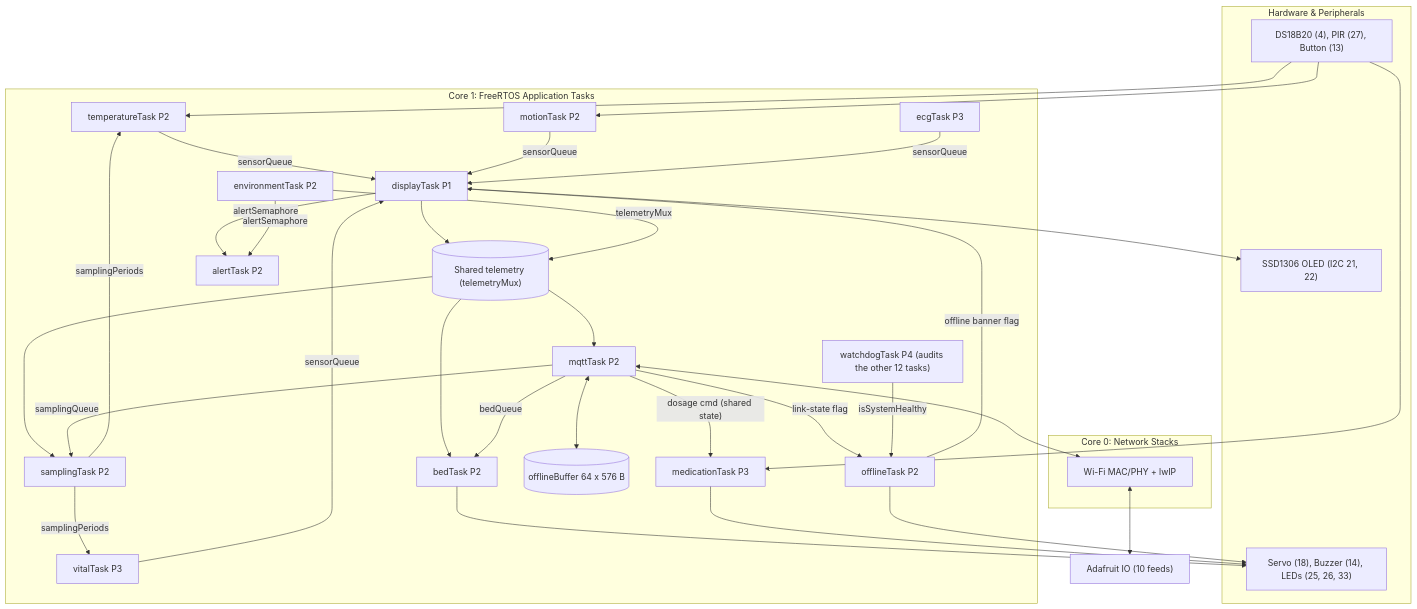
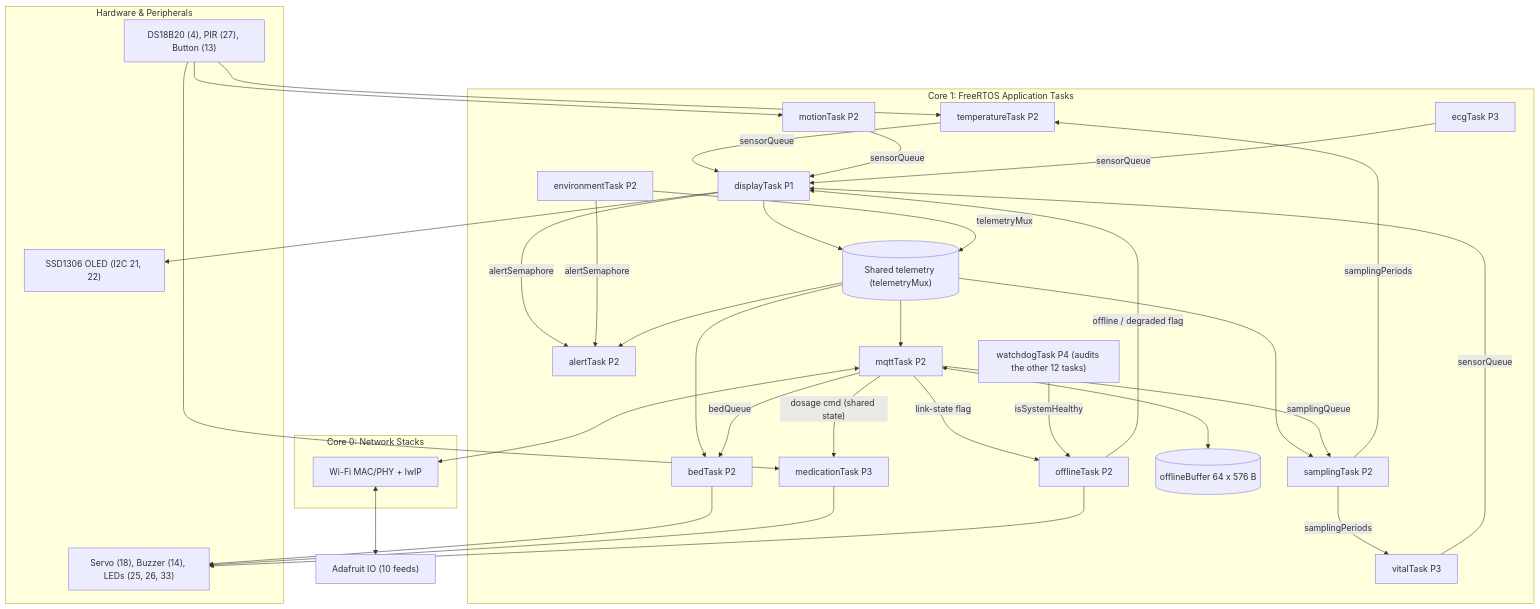
Before and after one commit to iamsayanghosh/Smart-Hospital-IoT: the diagram in README.md, drawn with Mermaid. The commit also changed other lines of this file and 6 other files, not shown here.

Commit message:
docs(diagrams,readme): fix SystemState label, downlink routing, and diagram spacing

````diff
--- a/README.md
+++ b/README.md
@@ -28,47 +28,47 @@
 ```mermaid
 graph TD
     subgraph HW["Hardware & Peripherals"]
         HW_SENS["DS18B20 (4), PIR (27), Button (13)"]
         HW_OLED["SSD1306 OLED (I2C 21, 22)"]
         HW_ACT["Servo (18), Buzzer (14), LEDs (25, 26, 33)"]
     end
     subgraph C1["Core 1: FreeRTOS Application Tasks"]
         TEMP["temperatureTask P2"]
         MOT["motionTask P2"]
         VIT["vitalTask P3"]
         ECG["ecgTask P3"]
         ENV["environmentTask P2"]
         DISP["displayTask P1"]
         TEL[("Shared telemetry (telemetryMux)")]
         SAMP["samplingTask P2"]
         ALERT["alertTask P2"]
         BED["bedTask P2"]
         MED["medicationTask P3"]
         MQTT["mqttTask P2"]
         BUF[("offlineBuffer 64 x 576 B")]
         OFF["offlineTask P2"]
         WDT["watchdogTask P4 (audits the other 12 tasks)"]
     end
     subgraph C0["Core 0: Network Stacks"]
         NET["Wi-Fi MAC/PHY + lwIP"]
     end
     CLOUD["Adafruit IO (10 feeds)"]
     HW_SENS --> TEMP & MOT & MED
     TEMP & MOT & VIT & ECG -->|sensorQueue| DISP
     DISP --> TEL
     ENV -->|telemetryMux| TEL
     DISP & ENV -->|alertSemaphore| ALERT
     DISP --> HW_OLED
-    TEL --> BED & SAMP & MQTT
+    TEL --> BED & SAMP & ALERT & MQTT
     SAMP -->|samplingPeriods| TEMP & VIT
     MQTT -->|samplingQueue| SAMP
     MQTT -->|bedQueue| BED
     MQTT -->|"dosage cmd (shared state)"| MED
     MQTT <--> BUF
     MQTT -->|link-state flag| OFF
     WDT -->|isSystemHealthy| OFF
-    OFF -->|offline banner flag| DISP
+    OFF -->|"offline / degraded flag"| DISP
     BED & MED & OFF --> HW_ACT
     MQTT <--> NET
     NET <--> CLOUD
 ```
````
